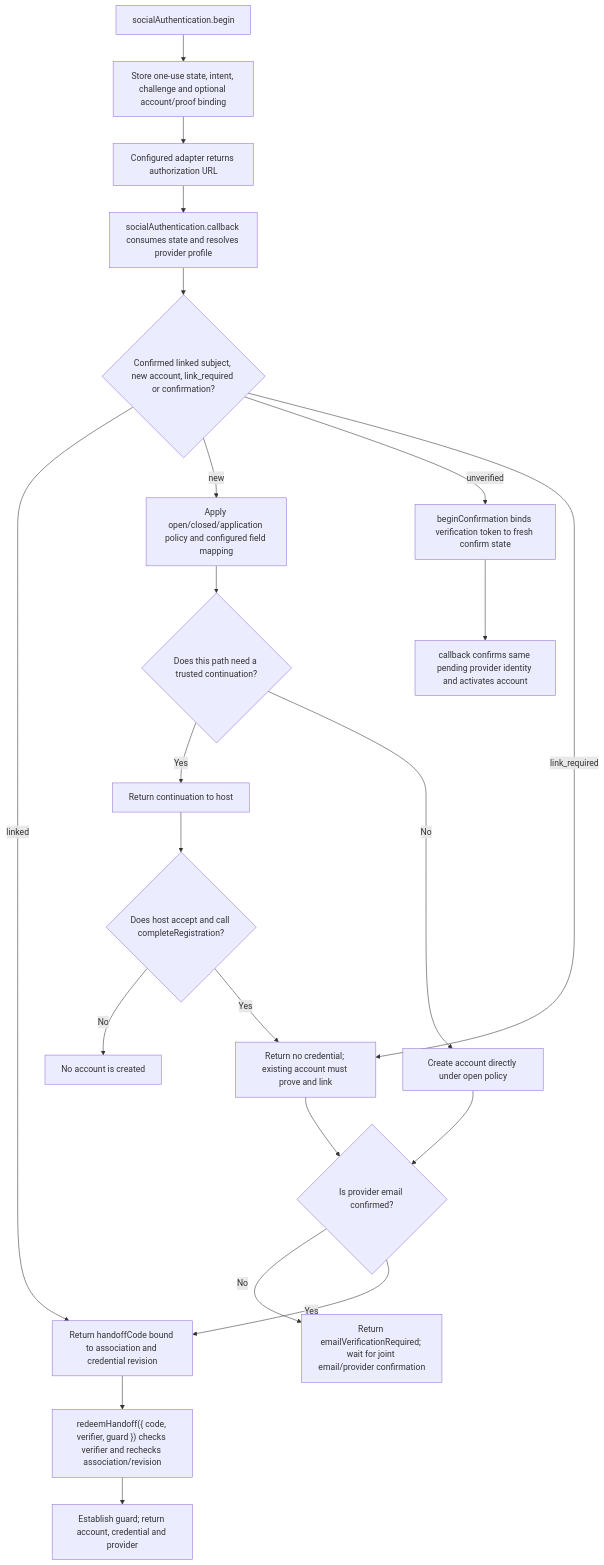
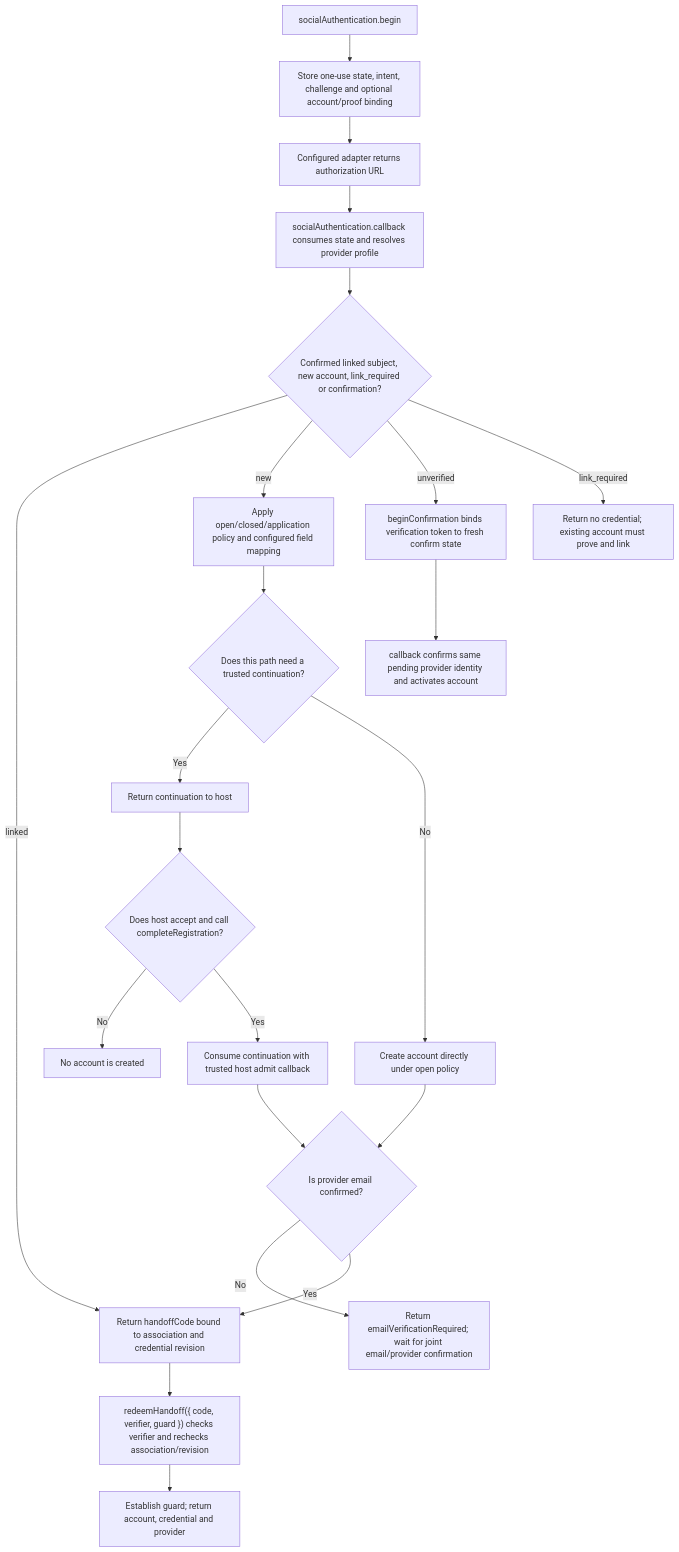
Before and after one commit to Kevinjohn/oss-adonisjs-account-kit: the second of 2 diagrams in user-stories/US-ACCOUNT-20-social-sign-in.md, drawn with Mermaid.

Commit message:
docs: separate social sign-in diagram outcomes

````diff
--- a/user-stories/US-ACCOUNT-20-social-sign-in.md
+++ b/user-stories/US-ACCOUNT-20-social-sign-in.md
@@ -41,24 +41,24 @@
 ```mermaid
 flowchart TD
  A["socialAuthentication.begin"] --> B["Store one-use state, intent, challenge and optional account/proof binding"]
  B --> C["Configured adapter returns authorization URL"]
  C --> D["socialAuthentication.callback consumes state and resolves provider profile"]
  D --> E{"Confirmed linked subject, new account, link_required or confirmation?"}
  E -->|linked| F["Return handoffCode bound to association and credential revision"]
  F --> G["redeemHandoff({ code, verifier, guard }) checks verifier and rechecks association/revision"]
  G --> H["Establish guard; return account, credential and provider"]
  E -->|new| I["Apply open/closed/application policy and configured field mapping"]
  I --> J{"Does this path need a trusted continuation?"}
  J -->|Yes| K["Return continuation to host"]
  K --> L{"Does host accept and call completeRegistration?"}
  L -->|No| M["No account is created"]
  L -->|Yes| N["Consume continuation with trusted host admit callback"]
  J -->|No| O["Create account directly under open policy"]
  N --> P{"Is provider email confirmed?"}
  O --> P
  P -->|No| Q["Return emailVerificationRequired; wait for joint email/provider confirmation"]
  P -->|Yes| F
  E -->|unverified| R["beginConfirmation binds verification token to fresh confirm state"]
  R --> S["callback confirms same pending provider identity and activates account"]
- E -->|link_required| N["Return no credential; existing account must prove and link"]
+ E -->|link_required| T["Return no credential; existing account must prove and link"]
 ```
````
